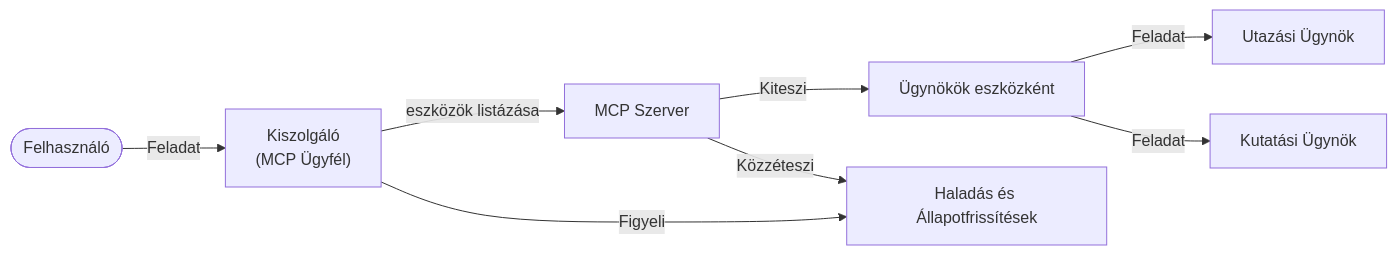
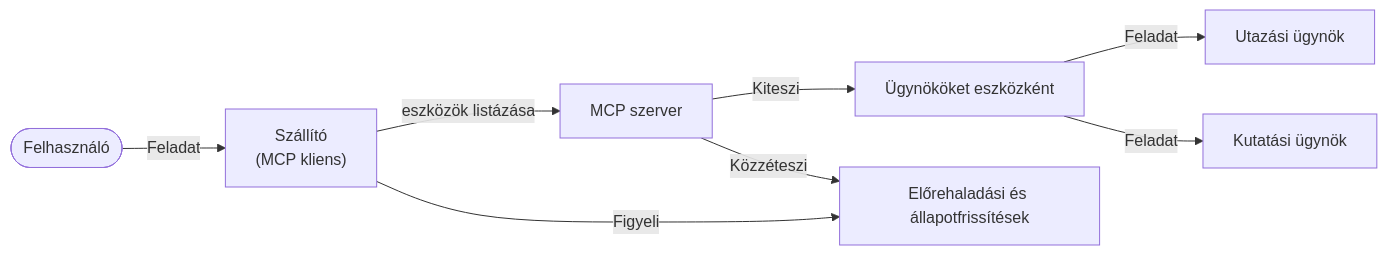
The fifth of 5 diagrams in mirrors/repos/microsoft@ai-agents-for-beginners/translations/hu/11-agentic-protocols/code_samples/mcp-agents/README.md (gabrielmoreira/agent-skills-mirror), drawn with Mermaid before and after one commit. The commit also changed other lines of this file and 4262 other files, not shown here.

````diff
--- a/mirrors/repos/microsoft@ai-agents-for-beginners/translations/hu/11-agentic-protocols/code_samples/mcp-agents/README.md
+++ b/mirrors/repos/microsoft@ai-agents-for-beginners/translations/hu/11-agentic-protocols/code_samples/mcp-agents/README.md
@@ -433,15 +448,15 @@
 ```mermaid
 graph LR
-    User([Felhasználó]) -->|"Feladat"| Host["Kiszolgáló<br/>(MCP Ügyfél)"]
-    Host -->|eszközök listázása| Server[MCP Szerver]
-    Server -->|Kiteszi| AgentsTools[Ügynökök eszközként]
-    AgentsTools -->|Feladat| AgentA[Utazási Ügynök]
-    AgentsTools -->|Feladat| AgentB[Kutatási Ügynök]
+    User([Felhasználó]) -->|"Feladat"| Host["Szállító<br/>(MCP kliens)"]
+    Host -->|eszközök listázása| Server[MCP szerver]
+    Server -->|Kiteszi| AgentsTools[Ügynököket eszközként]
+    AgentsTools -->|Feladat| AgentA[Utazási ügynök]
+    AgentsTools -->|Feladat| AgentB[Kutatási ügynök]
 
-    Host -->|Figyeli| StateUpdates[Haladás és Állapotfrissítések]
+    Host -->|Figyeli| StateUpdates[Előrehaladási és állapotfrissítések]
     Server -->|Közzéteszi| StateUpdates
 
     class User user;
     class AgentA,AgentB agent;
     class Host,Server,StateUpdates core;
 ```
````
